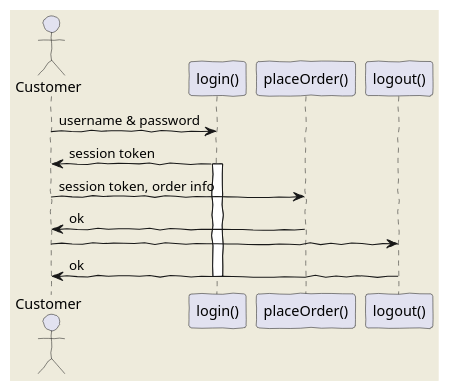
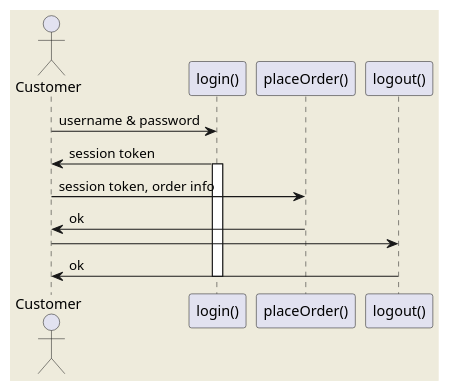
One commit to FedeFiumi/Design_Patterns_examples changed the diagram in thisuml.puml. Above: the diagram before and after it, drawn with PlantUML.

Commit message:
Remove handwritten style

```diff
--- a/thisuml.puml
+++ b/thisuml.puml
@@ -2,13 +2,12 @@
 @startuml
     skinparam backgroundColor #EEEBDC
-    skinparam handwritten true
     actor Customer
     Customer -> "login()" : username & password
     "login()" -> Customer : session token
     activate "login()"
     Customer -> "placeOrder()" : session token, order info
     "placeOrder()" -> Customer : ok
     Customer -> "logout()"
     "logout()" -> Customer : ok
     deactivate "login()"
 @enduml
```
